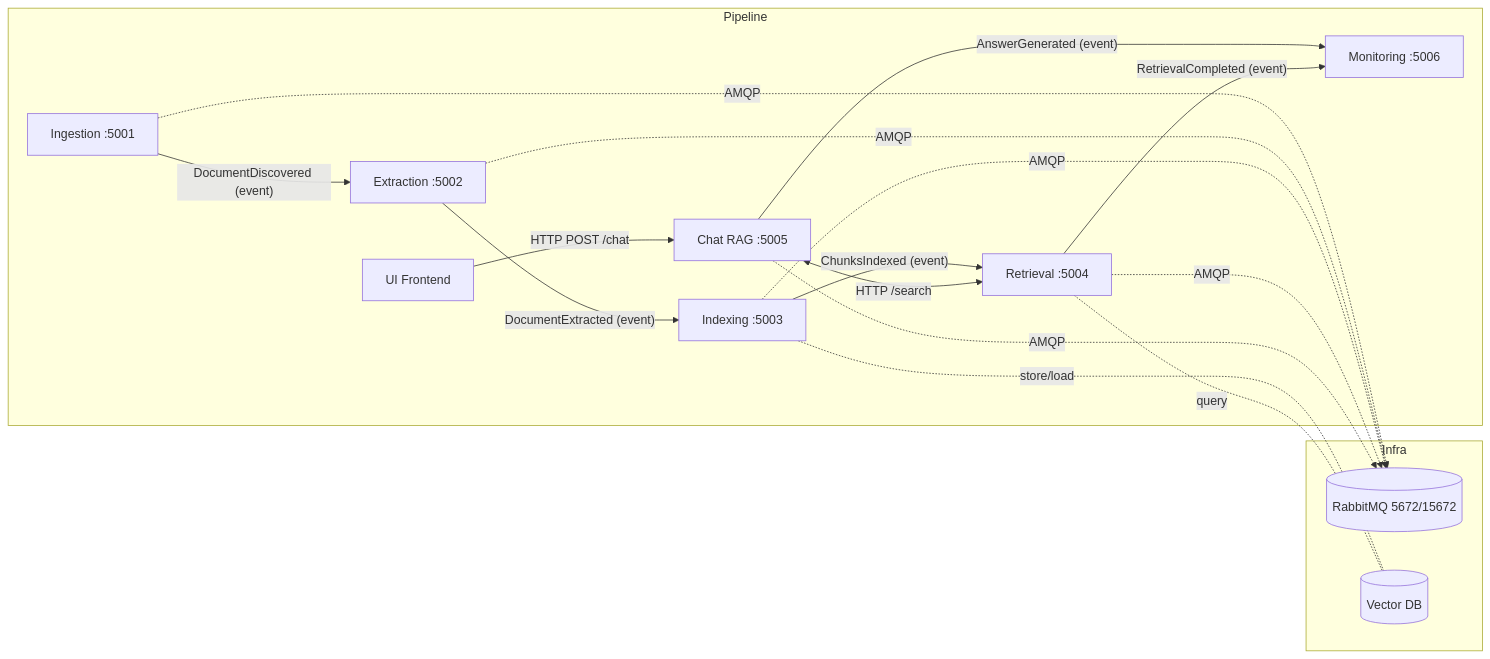
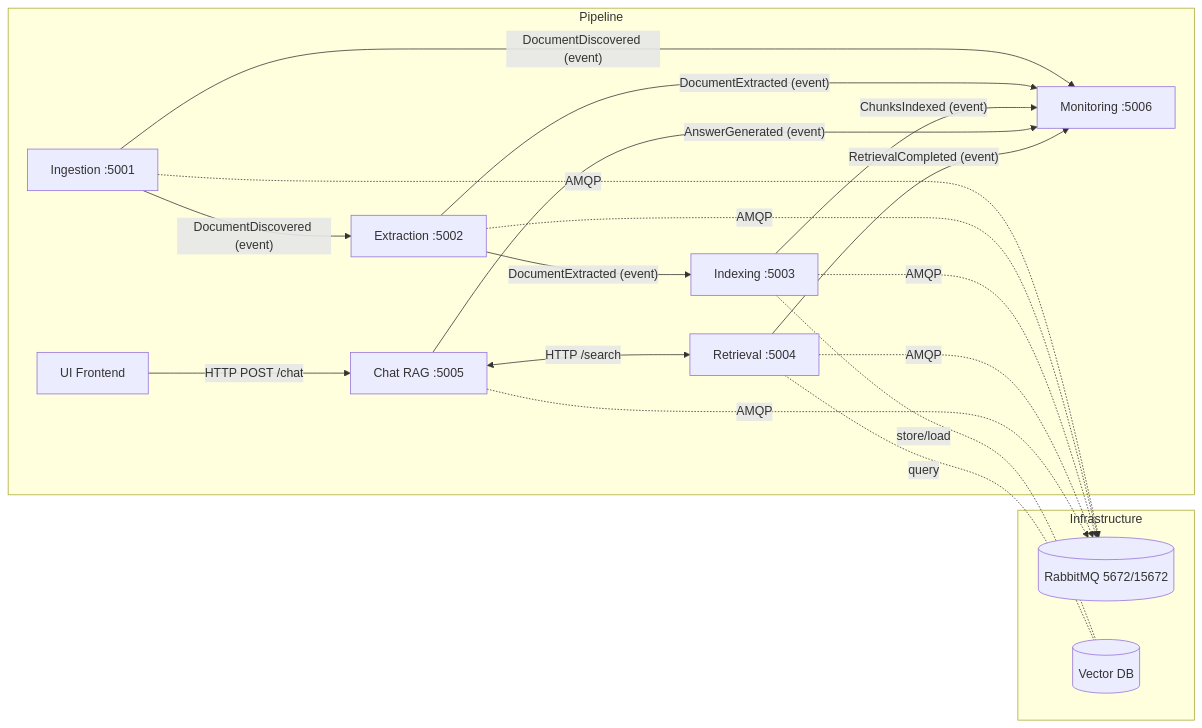
The diagram in docs/architecture.md (Rickycg21/MARP.Guide.Y3), drawn with Mermaid before and after one commit. The commit also changed other lines of this file, not shown here.

Commit message:
Update architecture.md so that Monitoring consumes all events and Retrieval doesn't consume ChunksIbdexed anymore

````diff
--- a/docs/architecture.md
+++ b/docs/architecture.md
@@ -62,37 +62,39 @@
 ```mermaid
 flowchart LR
   %% Nodes
   subgraph Pipeline
     I[Ingestion :5001]
     E[Extraction :5002]
     X[Indexing :5003]
     R[Retrieval :5004]
     C[Chat RAG :5005]
     U[UI Frontend]
     M[Monitoring :5006]
   end
 
-  subgraph Infra
+  subgraph Infrastructure
     Q[(RabbitMQ 5672/15672)]
     V[(Vector DB)]
   end
 
   %% Pipeline edges
   I -->|"DocumentDiscovered (event)"| E
+  I -->|"DocumentDiscovered (event)"| M
   E -->|"DocumentExtracted (event)"| X
-  X -->|"ChunksIndexed (event)"| R
+  E -->|"DocumentExtracted (event)"| M
+  X -->|"ChunksIndexed (event)"| M
   C <-->|"HTTP /search"| R
   U -->|"HTTP POST /chat"| C
   C -->|"AnswerGenerated (event)"| M
   R -->|"RetrievalCompleted (event)"| M
 
   %% Messaging & storage
   I -. "AMQP" .-> Q
   E -. "AMQP" .-> Q
   X -. "AMQP" .-> Q
   R -. "AMQP" .-> Q
   C -. "AMQP" .-> Q
 
   X -. "store/load" .- V
   R -. "query" .- V
 ```
````
